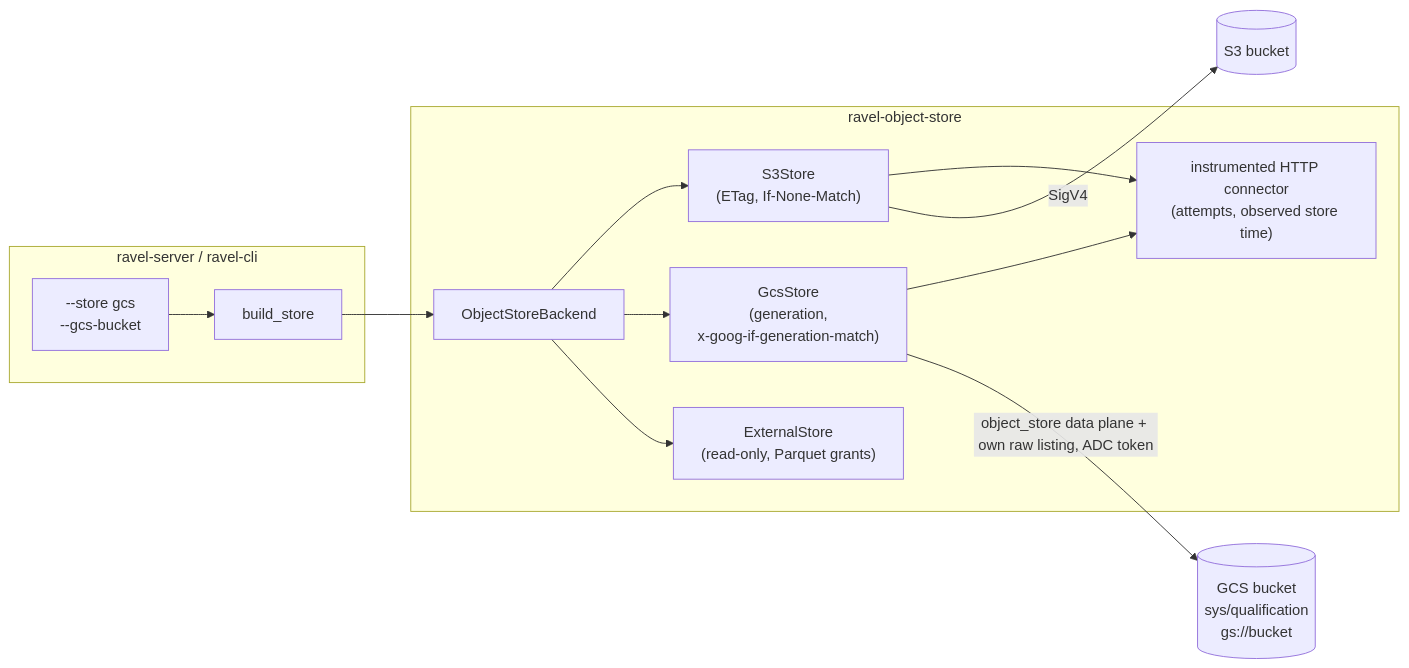
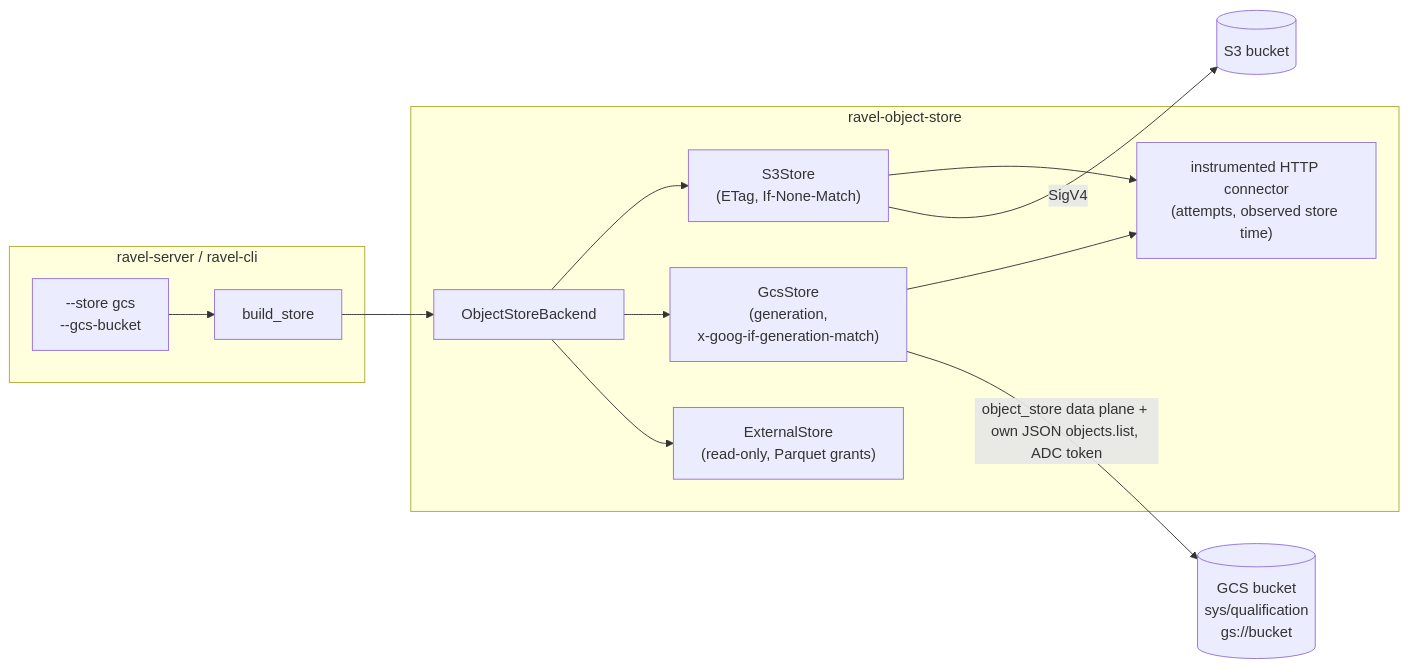
Before and after one commit to NOFireAI/ravel: the diagram in docs/adrs/3456-native-gcs-object-store.md, drawn with Mermaid. The commit also changed other lines of this file, not shown here.

````diff
--- a/docs/adrs/3456-native-gcs-object-store.md
+++ b/docs/adrs/3456-native-gcs-object-store.md
@@ -188,21 +204,21 @@
 ```mermaid
 flowchart LR
   subgraph server["ravel-server / ravel-cli"]
     cfg["--store gcs\n--gcs-bucket"] --> build["build_store"]
   end
   subgraph os["ravel-object-store"]
     trait["ObjectStoreBackend"]
     s3["S3Store\n(ETag, If-None-Match)"]
     gcs["GcsStore\n(generation,\nx-goog-if-generation-match)"]
     ext["ExternalStore\n(read-only, Parquet grants)"]
     conn["instrumented HTTP connector\n(attempts, observed store time)"]
     trait --> s3
     trait --> gcs
     trait --> ext
     s3 --> conn
     gcs --> conn
   end
   build --> trait
-  gcs -->|"object_store data plane + own raw listing, ADC token"| bucket[("GCS bucket\nsys/qualification\ngs://bucket")]
+  gcs -->|"object_store data plane + own JSON objects.list, ADC token"| bucket[("GCS bucket\nsys/qualification\ngs://bucket")]
   s3 -->|"SigV4"| s3b[("S3 bucket")]
 ```
````
